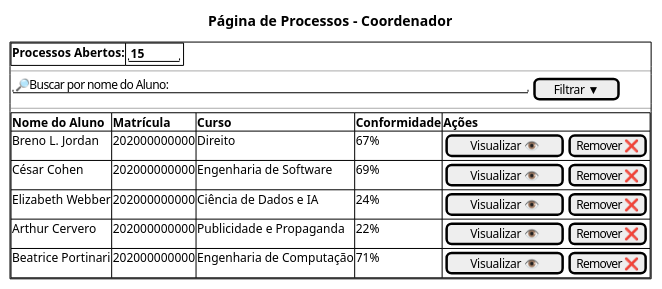
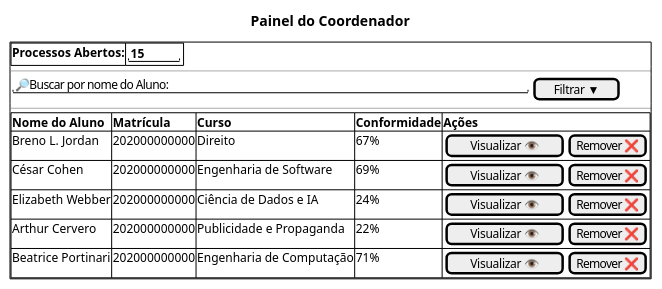
Before and after one commit to Projetos-de-Extensao/PBE_26.1_8002_I: the fifth of 7 diagrams in docs/Iniciacao/prototipo_baixa_fidelidade.md, drawn with PlantUML. The commit also changed other lines of this file, not shown here.

Commit message:
Adequações

````diff
--- a/docs/Iniciacao/prototipo_baixa_fidelidade.md
+++ b/docs/Iniciacao/prototipo_baixa_fidelidade.md
@@ -149,24 +149,24 @@
 ```plantuml
 @startsalt
-title Página de Processos - Coordenador
+title Painel do Coordenador
 {
   {+       
     {# **Processos Abertos:** { "**15**" }}
    --
     {
        "🔎Buscar por nome do Aluno:                                     "|[ Filtrar ▼]
     }
     --
     
     {# 
       **Nome do Aluno**|**Matrícula**| **Curso** | **Conformidade** | **Ações**
       Breno L. Jordan |202000000000 | Direito | 67% |{[Visualizar 👁️] | [Remover ❌]}
       César Cohen |202000000000 | Engenharia de Software | 69% |{[Visualizar 👁️] | [Remover ❌]}
       Elizabeth Webber |202000000000 | Ciência de Dados e IA | 24% |{[Visualizar 👁️] | [Remover ❌]}
       Arthur Cervero |202000000000 | Publicidade e Propaganda| 22% |{[Visualizar 👁️] | [Remover ❌]}
       Beatrice Portinari |202000000000 | Engenharia de Computação| 71% |{[Visualizar 👁️] | [Remover ❌]}
     }
 }
 }
 @endsalt
 ```
````
